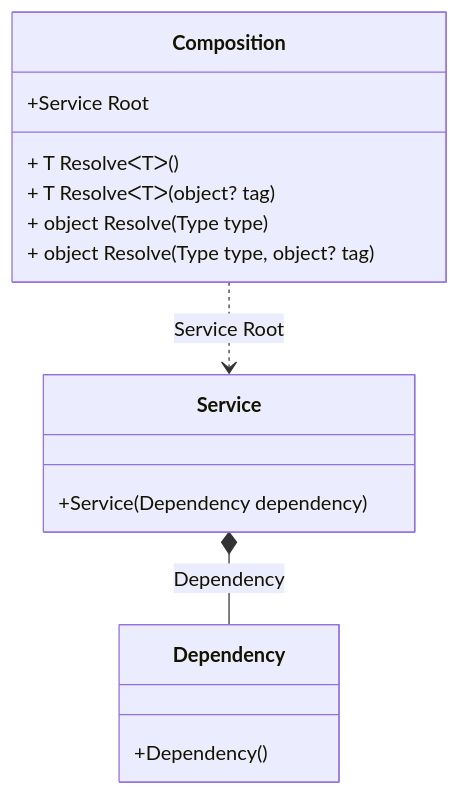
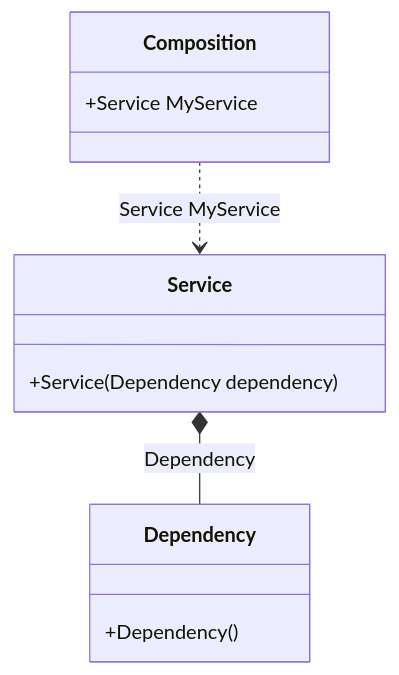
The diagram in readme/auto-bindings.md (DevTeam/Pure.DI), drawn with Mermaid before and after one commit. The commit also changed other lines of this file and 92 other files, not shown here.

````diff
--- a/readme/auto-bindings.md
+++ b/readme/auto-bindings.md
@@ -33,18 +30,14 @@
 ```mermaid
 classDiagram
   class Composition {
-    +Service Root
-    + T ResolveᐸTᐳ()
-    + T ResolveᐸTᐳ(object? tag)
-    + object Resolve(Type type)
-    + object Resolve(Type type, object? tag)
+    +Service MyService
   }
   class Dependency {
     +Dependency()
   }
   class Service {
     +Service(Dependency dependency)
   }
   Service *--  Dependency : Dependency
-  Composition ..> Service : Service Root
+  Composition ..> Service : Service MyService
 ```
````
